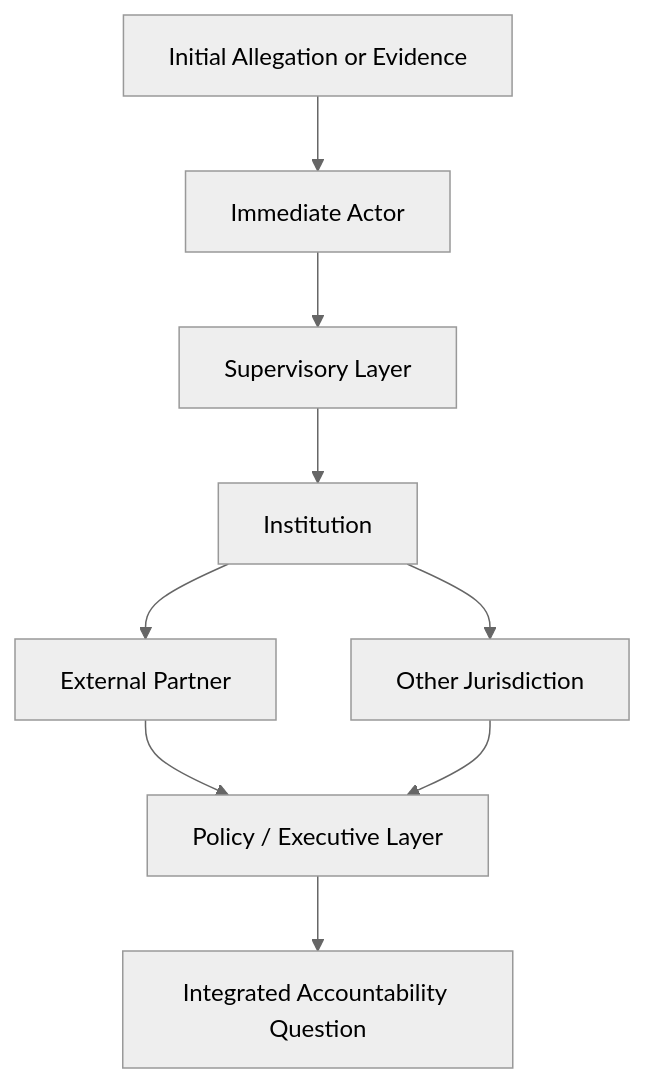
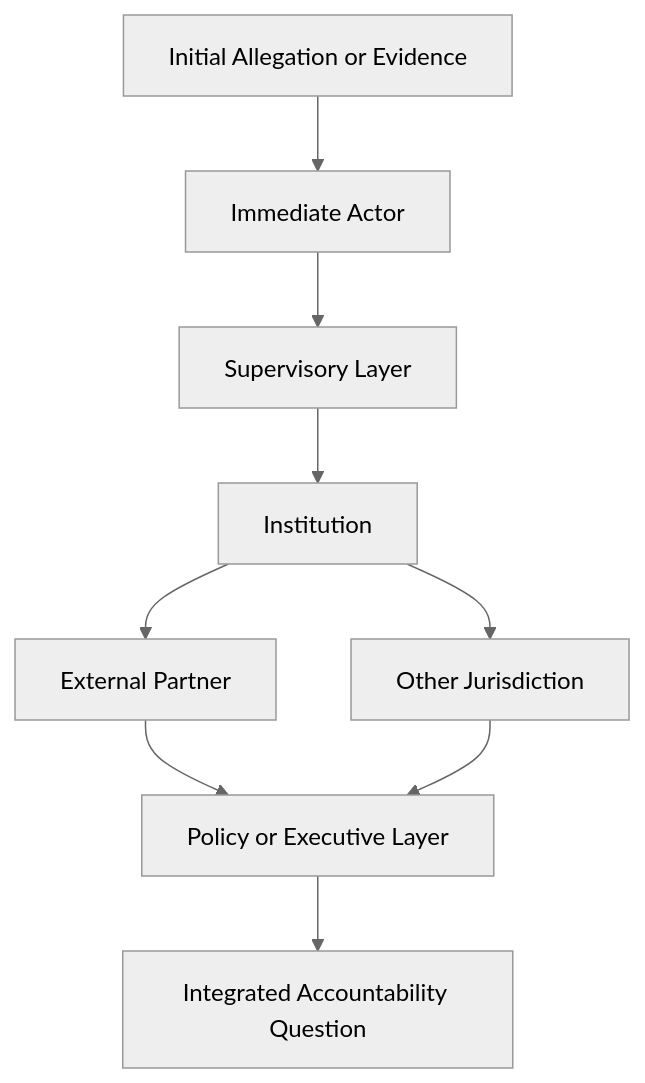
One commit to josefsbreakfast/Polaris-Protocol changed the first of 5 diagrams in 🌑_1_Origin_Points/🪿_Embodied_Information_Ecology/♻️_Cybernetics/👑_Ownership_Control/✈️_genocides_and_paedophiles.md. Above: the diagram before and after it, drawn with Mermaid (neutral theme). The commit also changed other lines of this file, not shown here.

````diff
--- a/🌑_1_Origin_Points/🪿_Embodied_Information_Ecology/♻️_Cybernetics/👑_Ownership_Control/✈️_genocides_and_paedophiles.md
+++ b/🌑_1_Origin_Points/🪿_Embodied_Information_Ecology/♻️_Cybernetics/👑_Ownership_Control/✈️_genocides_and_paedophiles.md
@@ -121,20 +121,20 @@
 ```mermaid
 flowchart TD
     A[Initial Allegation or Evidence]
     B[Immediate Actor]
     C[Supervisory Layer]
     D[Institution]
     E[External Partner]
     F[Other Jurisdiction]
-    G[Policy / Executive Layer]
+    G[Policy or Executive Layer]
     H[Integrated Accountability Question]
 
     A --> B
     B --> C
     C --> D
     D --> E
     D --> F
     E --> G
     F --> G
     G --> H
 ```
````
